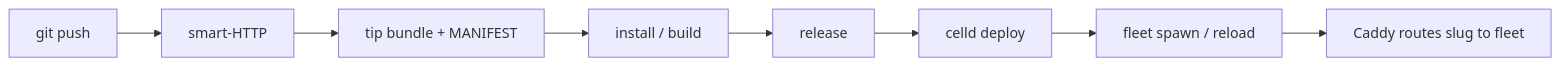
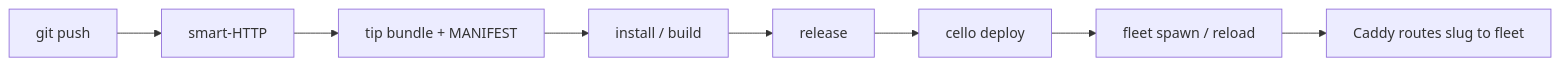
Before and after one commit to ryuzcorp/noite: the diagram in apps/website/docs/02-how-it-works.mdx, drawn with Mermaid. The commit also changed other lines of this file and 104 other files, not shown here.

````diff
--- a/apps/website/docs/02-how-it-works.mdx
+++ b/apps/website/docs/02-how-it-works.mdx
@@ -50,10 +50,10 @@
 ```mermaid
 flowchart LR
   dev[git push] --> git[smart-HTTP]
   git --> bundle[tip bundle + MANIFEST]
   bundle --> build[install / build]
   build --> releaseCmd[release]
-  releaseCmd --> deploy[celld deploy]
+  releaseCmd --> deploy[cello deploy]
   deploy --> reload[fleet spawn / reload]
   reload --> edge[Caddy routes slug to fleet]
 ```
````
